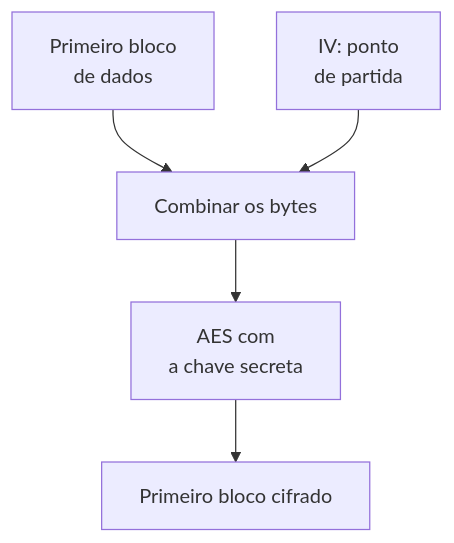
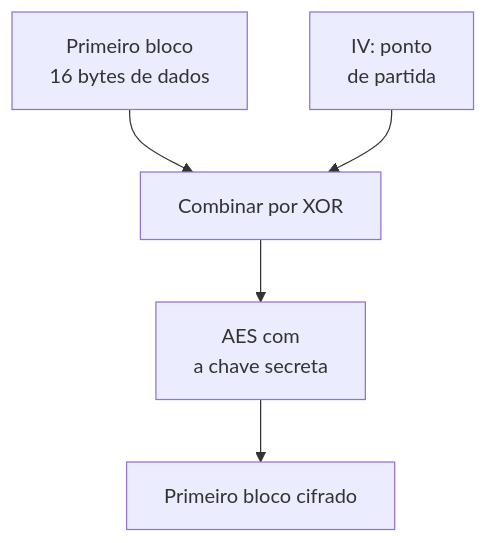
The second of 4 diagrams in docs/aulas/A14-cifra-simetrica-autenticada.md (rafaelrezo/seguranca-digital), drawn with Mermaid before and after one commit. The commit also changed other lines of this file and 27 other files, not shown here.

````diff
--- a/docs/aulas/A14-cifra-simetrica-autenticada.md
+++ b/docs/aulas/A14-cifra-simetrica-autenticada.md
@@ -98,7 +132,7 @@
 ```mermaid
 flowchart TB
-    P[Primeiro bloco<br/>de dados] --> B[Combinar os bytes]
+    P[Primeiro bloco<br/>16 bytes de dados] --> B[Combinar por XOR]
     V[IV: ponto<br/>de partida] --> B
     B --> E[AES com<br/>a chave secreta]
     E --> C[Primeiro bloco cifrado]
 ```
````
